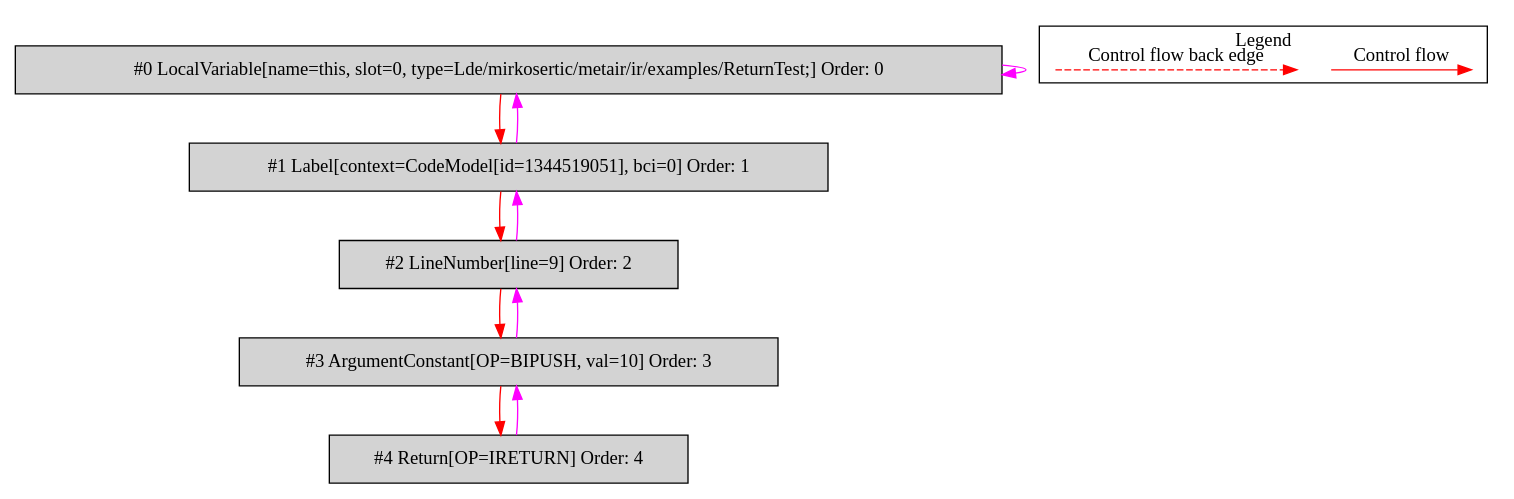
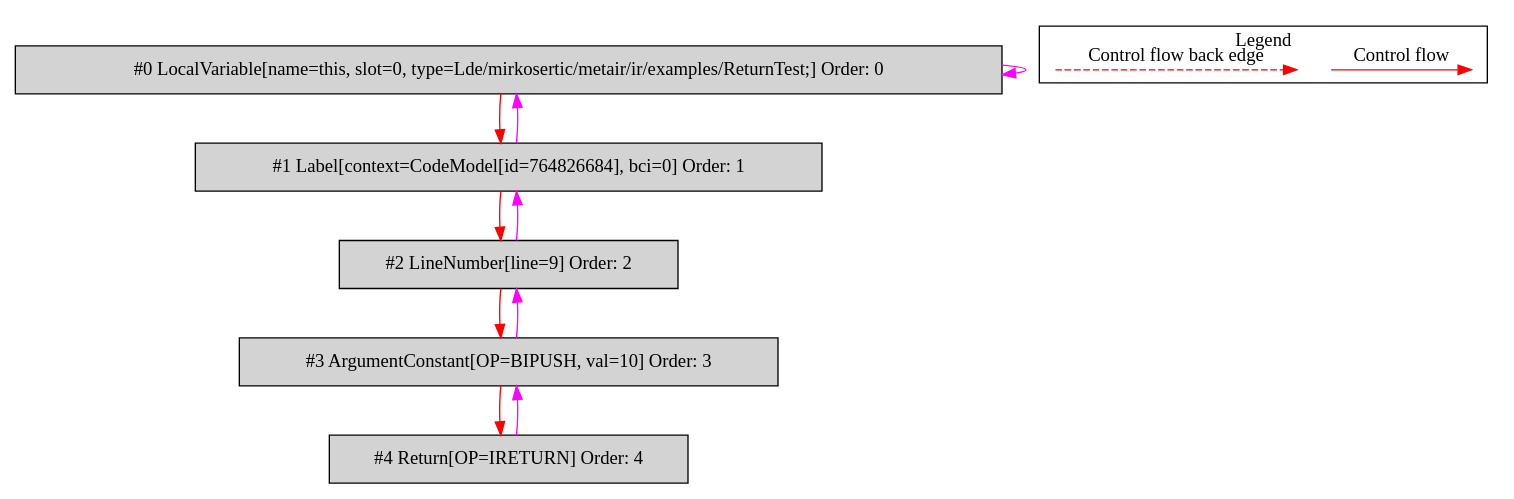
The diagram in de.mirkosertic.metair.ir.examples.ReturnTest/returnByte/bytecodecfg.dot (mirkosertic/MetaIR), drawn with Graphviz before and after one commit. The commit also changed 1368 other files, not shown here.

```diff
--- a/de.mirkosertic.metair.ir.examples.ReturnTest/returnByte/bytecodecfg.dot
+++ b/de.mirkosertic.metair.ir.examples.ReturnTest/returnByte/bytecodecfg.dot
@@ -1,31 +1,31 @@
 digraph {
  ordering="in";
  node0[label="#0 LocalVariable[name=this, slot=0, type=Lde/mirkosertic/metair/ir/examples/ReturnTest;] Order: 0", shape=box, fillcolor=lightgrey, style=filled];
- node1[label="#1 Label[context=CodeModel[id=1344519051], bci=0] Order: 1", shape=box, fillcolor=lightgrey, style=filled];
+ node1[label="#1 Label[context=CodeModel[id=764826684], bci=0] Order: 1", shape=box, fillcolor=lightgrey, style=filled];
  node2[label="#2 LineNumber[line=9] Order: 2", shape=box, fillcolor=lightgrey, style=filled];
  node3[label="#3 ArgumentConstant[OP=BIPUSH, val=10] Order: 3", shape=box, fillcolor=lightgrey, style=filled];
  node4[label="#4 Return[OP=IRETURN] Order: 4", shape=box, fillcolor=lightgrey, style=filled];
  node0 -> node0[color=fuchsia];
  node0 -> node1[color=red];
  node1 -> node0[color=fuchsia];
  node1 -> node2[color=red];
  node2 -> node1[color=fuchsia];
  node2 -> node3[color=red];
  node3 -> node2[color=fuchsia];
  node3 -> node4[color=red];
  node4 -> node3[color=fuchsia];
  subgraph cluster_000 {
   label = "Legend";
   node [shape=point]
   {
    rank=same;
    c0 [style = invis];
    c1 [style = invis];
    c2 [style = invis];
    c3 [style = invis];
   }
   c0 -> c1 [label="Control flow", style=solid, color=red]
   c2 -> c3 [label="Control flow back edge", style=dashed, color=red]
  }
 
 }
```
